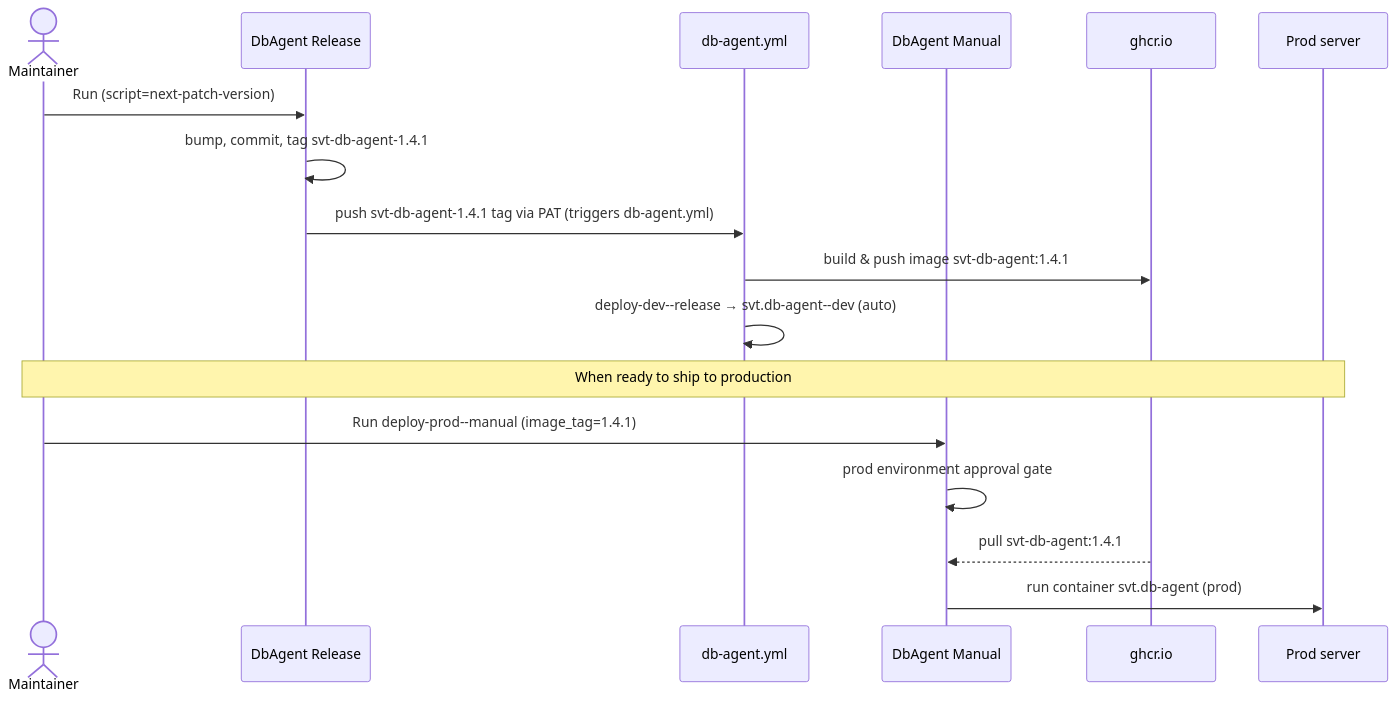
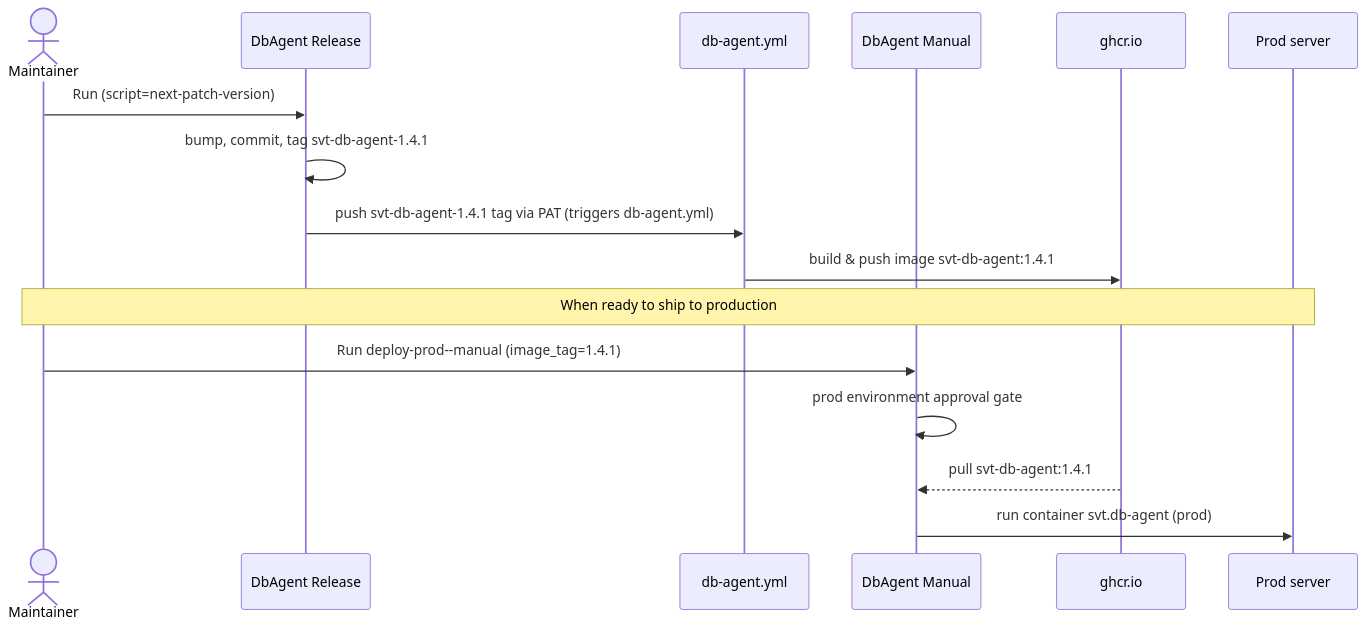
The fourth of 4 diagrams in DbAgent/README.md (SVT-WP2/SVTSW), drawn with Mermaid before and after one commit. The commit also changed other lines of this file and 21 other files, not shown here.

First line of the commit message:
#371 :: DB Next :: Docker image, CI/CD and dev deployment for svt-db-agent-next

````diff
--- a/DbAgent/README.md
+++ b/DbAgent/README.md
@@ -195,19 +199,18 @@
 ```mermaid
 sequenceDiagram
     actor M as Maintainer
     participant REL as DbAgent Release
     participant DA as db-agent.yml
     participant MAN as DbAgent Manual
     participant R as ghcr.io
     participant P as Prod server
     M->>REL: Run (script=next-patch-version)
     REL->>REL: bump, commit, tag svt-db-agent-1.4.1
     REL->>DA: push svt-db-agent-1.4.1 tag via PAT (triggers db-agent.yml)
     DA->>R: build & push image svt-db-agent:1.4.1
-    DA->>DA: deploy-dev--release → svt.db-agent--dev (auto)
     Note over M,P: When ready to ship to production
     M->>MAN: Run deploy-prod--manual (image_tag=1.4.1)
     MAN->>MAN: prod environment approval gate
     R-->>MAN: pull svt-db-agent:1.4.1
     MAN->>P: run container svt.db-agent (prod)
 ```
````
